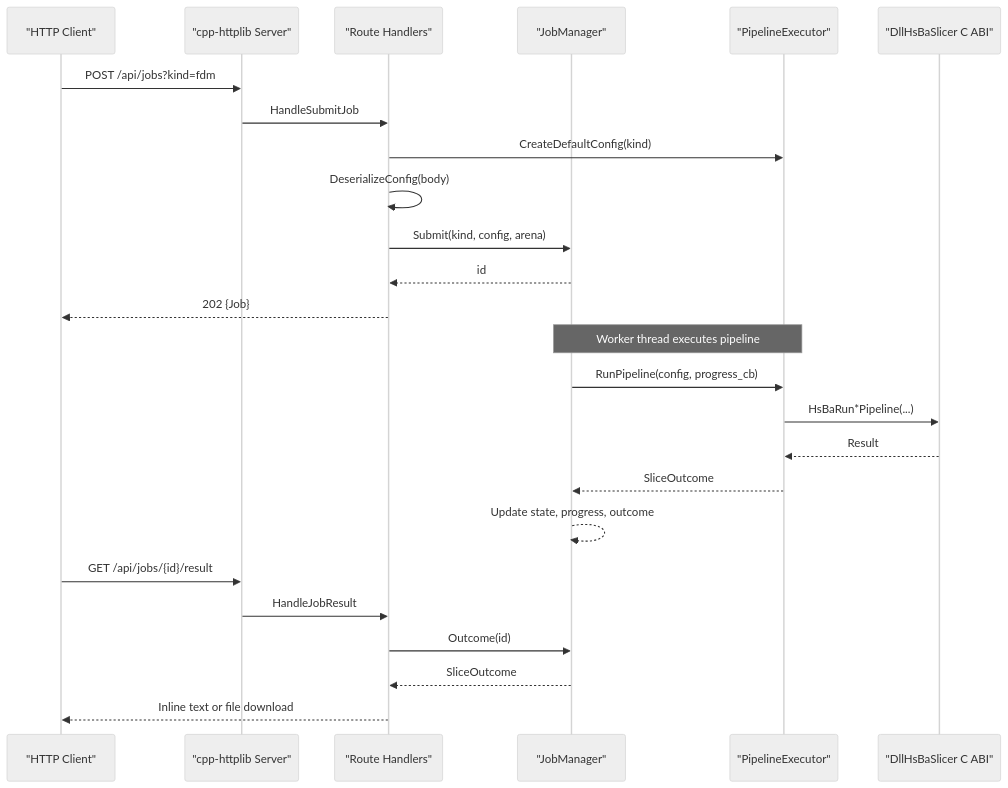
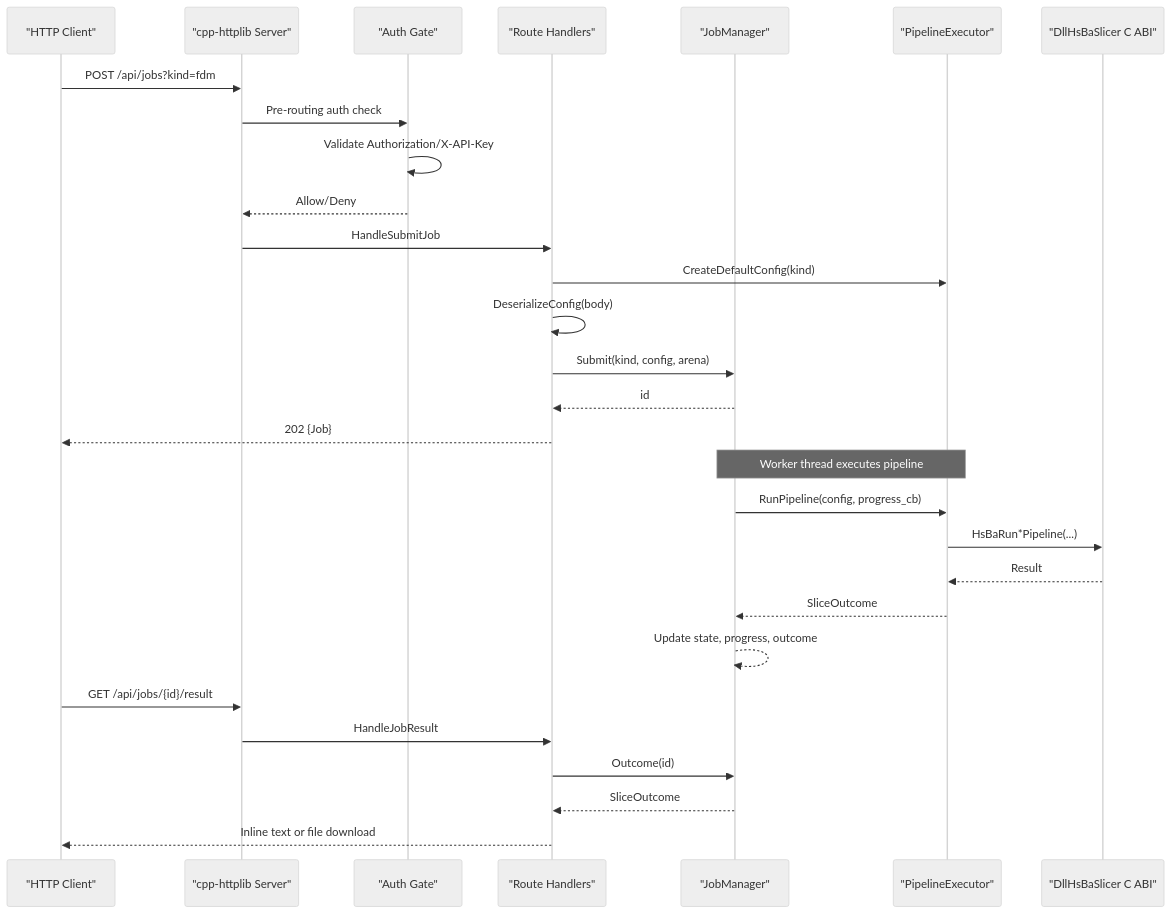
The second of 9 diagrams in .qoder/repowiki/en/content/Core Modules/REST API Server.md (hsmbanlance/HsBaSlicer), drawn with Mermaid (neutral theme) before and after one commit. The commit also changed other lines of this file and 101 other files, not shown here.

````diff
--- a/.qoder/repowiki/en/content/Core Modules/REST API Server.md
+++ b/.qoder/repowiki/en/content/Core Modules/REST API Server.md
@@ -96,27 +124,31 @@
 ```mermaid
 sequenceDiagram
 participant Client as "HTTP Client"
 participant Http as "cpp-httplib Server"
+participant Auth as "Auth Gate"
 participant Routes as "Route Handlers"
 participant Jobs as "JobManager"
 participant Exec as "PipelineExecutor"
 participant Dll as "DllHsBaSlicer C ABI"
 Client->>Http : POST /api/jobs?kind=fdm
+Http->>Auth : Pre-routing auth check
+Auth->>Auth : Validate Authorization/X-API-Key
+Auth-->>Http : Allow/Deny
 Http->>Routes : HandleSubmitJob
 Routes->>Exec : CreateDefaultConfig(kind)
 Routes->>Routes : DeserializeConfig(body)
 Routes->>Jobs : Submit(kind, config, arena)
 Jobs-->>Routes : id
 Routes-->>Client : 202 {Job}
 Note over Jobs,Exec : Worker thread executes pipeline
 Jobs->>Exec : RunPipeline(config, progress_cb)
 Exec->>Dll : HsBaRun*Pipeline(...)
 Dll-->>Exec : Result
 Exec-->>Jobs : SliceOutcome
 Jobs-->>Jobs : Update state, progress, outcome
 Client->>Http : GET /api/jobs/{id}/result
 Http->>Routes : HandleJobResult
 Routes->>Jobs : Outcome(id)
 Jobs-->>Routes : SliceOutcome
 Routes-->>Client : Inline text or file download
 ```
````
